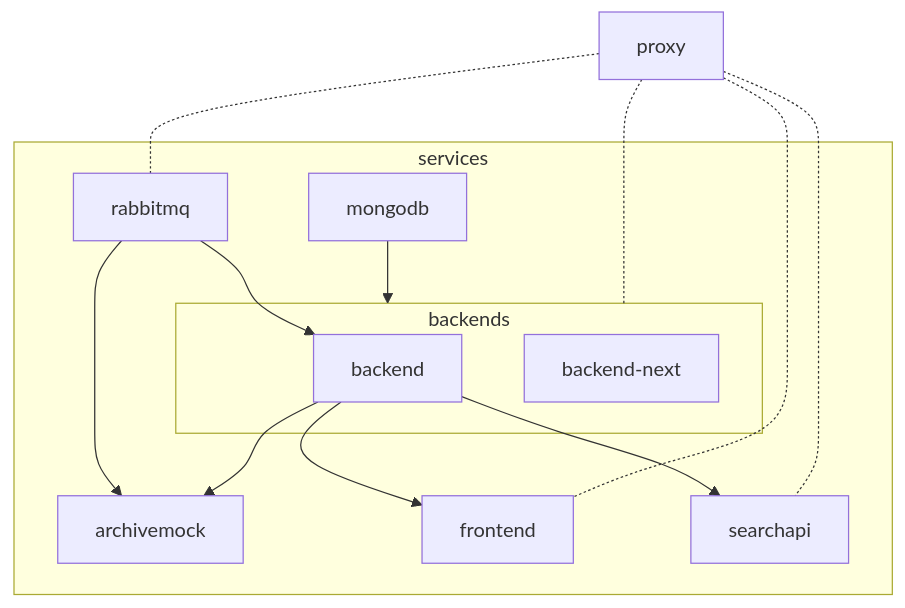
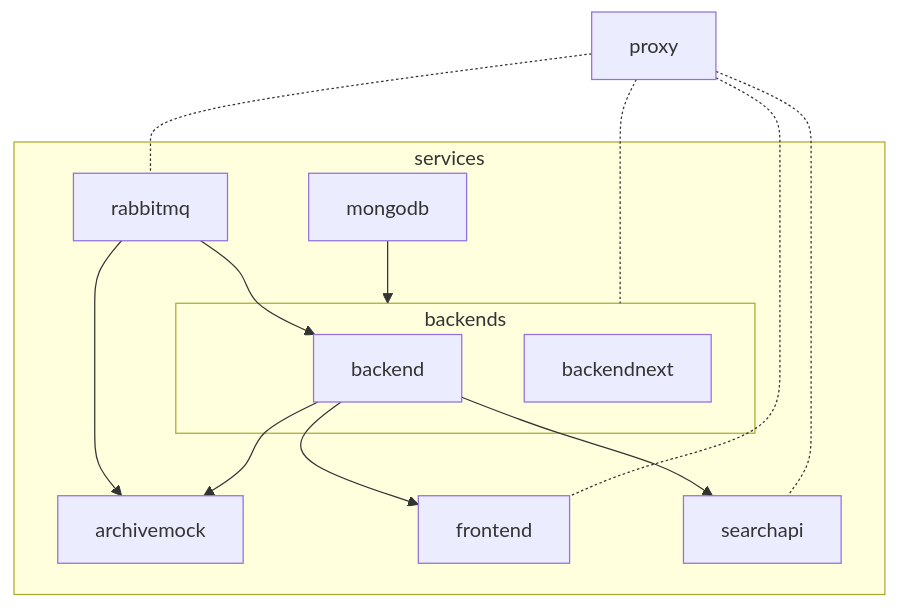
The diagram in README.md (SciCatProject/scicatlive), drawn with Mermaid before and after one commit.

Commit message:
Rename `backend-next` to `backendnext` in mermaid

````diff
--- a/README.md
+++ b/README.md
@@ -39,21 +39,21 @@
 ```mermaid
 graph TD
    subgraph services
       subgraph backends
          backend
-         backend-next
+         backendnext
       end
 
       rabbitmq --> archivemock
       rabbitmq --> backend
       mongodb --> backends
       backend --> archivemock
       backend --> frontend
       backend --> searchapi
    end
 
    proxy -.- backends
    proxy -.- frontend
    proxy -.- searchapi
    proxy -.- rabbitmq
 ```
````
